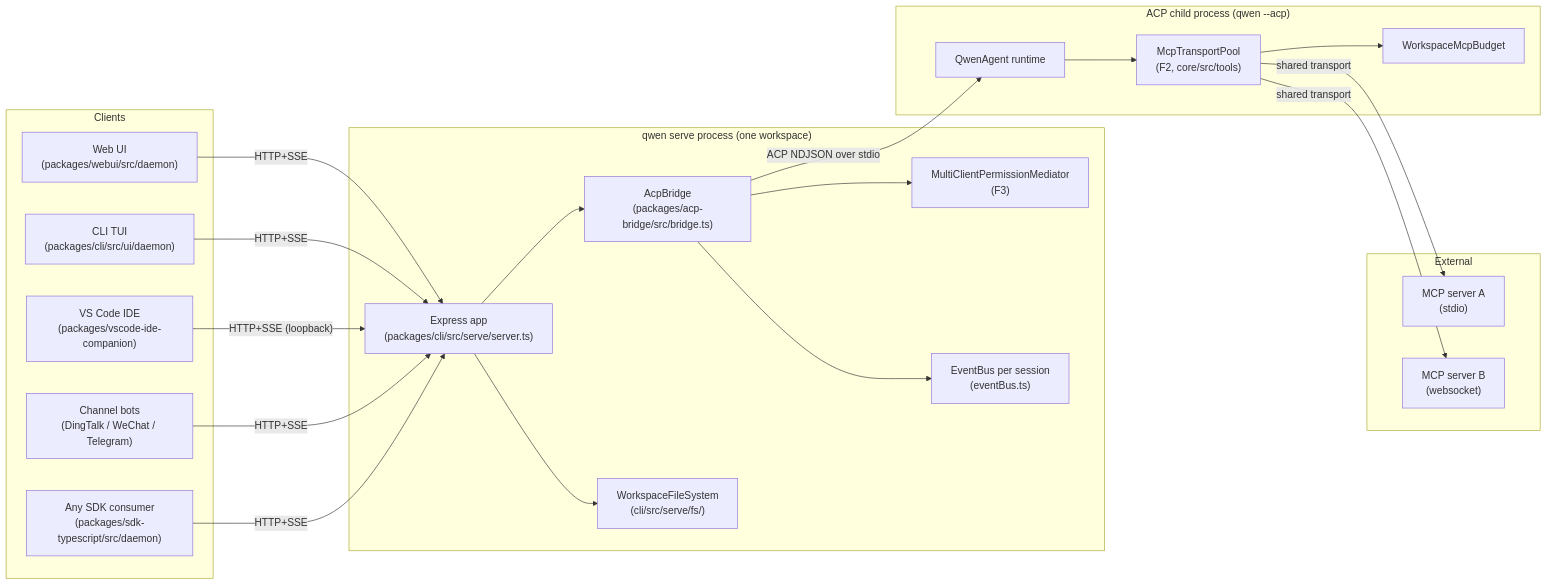
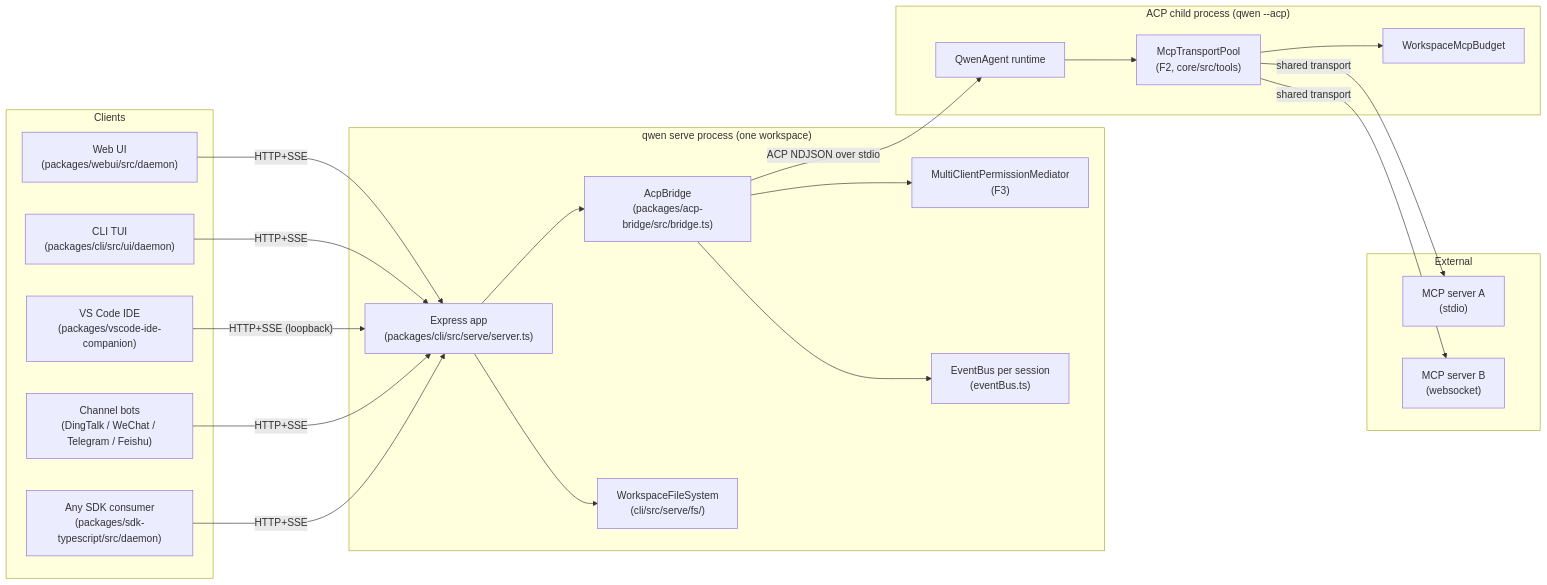
One commit to QwenLM/qwen-code changed the first of 7 diagrams in docs/developers/daemon/01-architecture.md. Above: the diagram before and after it, drawn with Mermaid. The commit also changed 3 other files, not shown here.

First line of the commit message:
docs: fix MCP token path, daemon UI event count, add Feishu channel

````diff
--- a/docs/developers/daemon/01-architecture.md
+++ b/docs/developers/daemon/01-architecture.md
@@ -13,46 +13,46 @@
 ```mermaid
 flowchart LR
     subgraph clients["Clients"]
         WUI["Web UI<br/>(packages/webui/src/daemon)"]
         TUI["CLI TUI<br/>(packages/cli/src/ui/daemon)"]
         IDE["VS Code IDE<br/>(packages/vscode-ide-companion)"]
-        CH["Channel bots<br/>(DingTalk / WeChat / Telegram)"]
+        CH["Channel bots<br/>(DingTalk / WeChat / Telegram / Feishu)"]
         SDK["Any SDK consumer<br/>(packages/sdk-typescript/src/daemon)"]
     end
 
     subgraph daemon["qwen serve process (one workspace)"]
         EXP["Express app<br/>(packages/cli/src/serve/server.ts)"]
         BR["AcpBridge<br/>(packages/acp-bridge/src/bridge.ts)"]
         MED["MultiClientPermissionMediator<br/>(F3)"]
         EB["EventBus per session<br/>(eventBus.ts)"]
         FS["WorkspaceFileSystem<br/>(cli/src/serve/fs/)"]
     end
 
     subgraph child["ACP child process (qwen --acp)"]
         AGT["QwenAgent runtime"]
         POOL["McpTransportPool<br/>(F2, core/src/tools)"]
         BDG["WorkspaceMcpBudget"]
     end
 
     subgraph external["External"]
         MCP1["MCP server A<br/>(stdio)"]
         MCP2["MCP server B<br/>(websocket)"]
     end
 
     WUI -- "HTTP+SSE" --> EXP
     TUI -- "HTTP+SSE" --> EXP
     IDE -- "HTTP+SSE (loopback)" --> EXP
     CH -- "HTTP+SSE" --> EXP
     SDK -- "HTTP+SSE" --> EXP
 
     EXP --> BR
     BR --> MED
     BR --> EB
     EXP --> FS
 
     BR -- "ACP NDJSON over stdio" --> AGT
     AGT --> POOL
     POOL --> BDG
     POOL -- "shared transport" --> MCP1
     POOL -- "shared transport" --> MCP2
 ```
````
